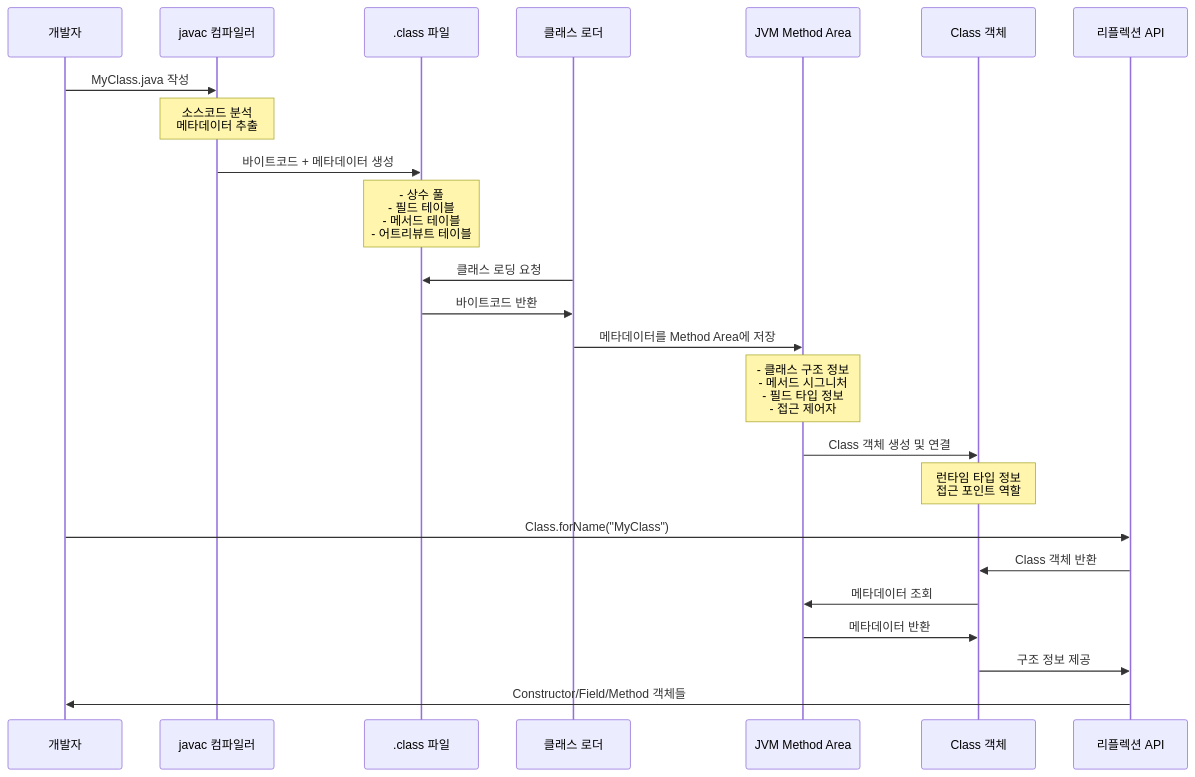
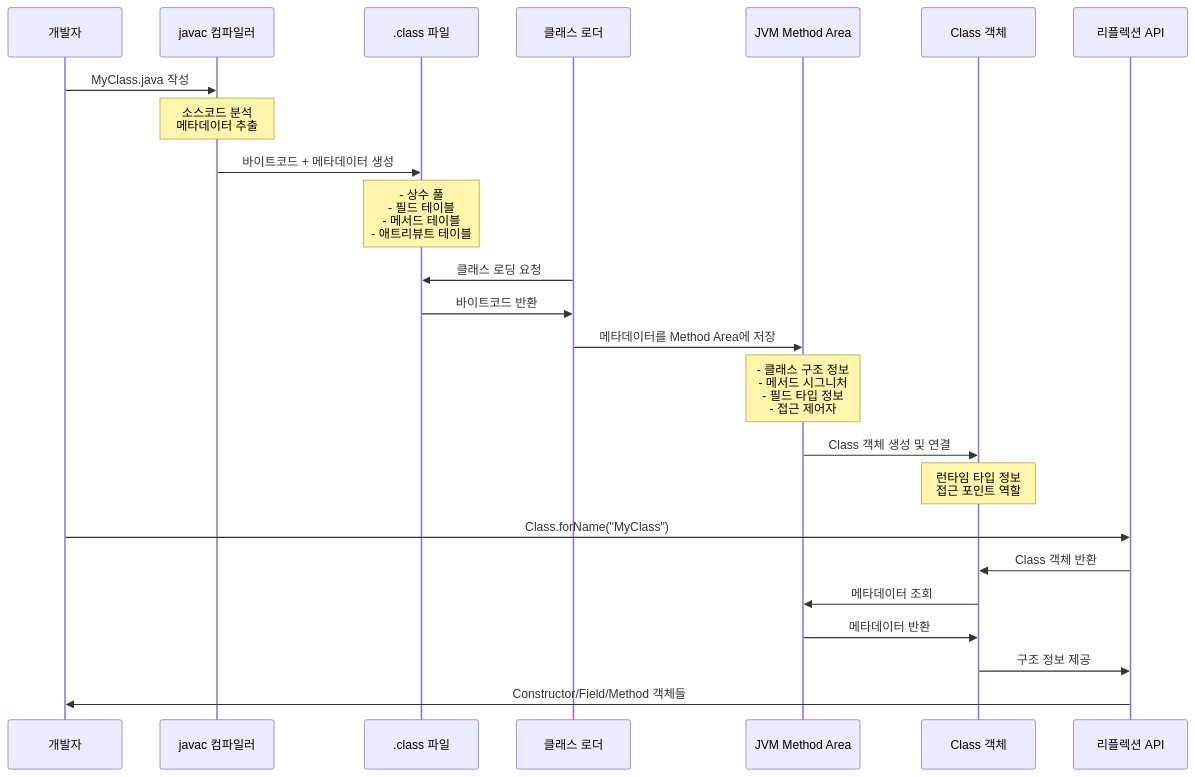
One commit to hongmoSung/hongmoSung.github.io changed the second of 3 diagrams in _posts/java/2025-07-18-reflection.md. Above: the diagram before and after it, drawn with Mermaid. The commit also changed other lines of this file and 2 other files, not shown here.

````diff
--- a/_posts/java/2025-07-18-reflection.md
+++ b/_posts/java/2025-07-18-reflection.md
@@ -102,32 +94,32 @@
 ```mermaid
 sequenceDiagram
     participant Dev as 개발자
     participant Compiler as javac 컴파일러
     participant ClassFile as .class 파일
     participant ClassLoader as 클래스 로더
     participant JVM as JVM Method Area
     participant ClassObj as Class 객체
     participant ReflectAPI as 리플렉션 API
 
     Dev->>Compiler: MyClass.java 작성
     Note over Compiler: 소스코드 분석<br/>메타데이터 추출
 
     Compiler->>ClassFile: 바이트코드 + 메타데이터 생성
-    Note over ClassFile: - 상수 풀<br/>- 필드 테이블<br/>- 메서드 테이블<br/>- 어트리뷰트 테이블
+    Note over ClassFile: - 상수 풀<br/>- 필드 테이블<br/>- 메서드 테이블<br/>- 애트리뷰트 테이블
 
     ClassLoader->>ClassFile: 클래스 로딩 요청
     ClassFile->>ClassLoader: 바이트코드 반환
 
     ClassLoader->>JVM: 메타데이터를 Method Area에 저장
     Note over JVM: - 클래스 구조 정보<br/>- 메서드 시그니처<br/>- 필드 타입 정보<br/>- 접근 제어자
 
     JVM->>ClassObj: Class 객체 생성 및 연결
     Note over ClassObj: 런타임 타입 정보<br/>접근 포인트 역할
 
     Dev->>ReflectAPI: Class.forName("MyClass")
     ReflectAPI->>ClassObj: Class 객체 반환
     ClassObj->>JVM: 메타데이터 조회
     JVM->>ClassObj: 메타데이터 반환
     ClassObj->>ReflectAPI: 구조 정보 제공
     ReflectAPI->>Dev: Constructor/Field/Method 객체들
 ```
````
